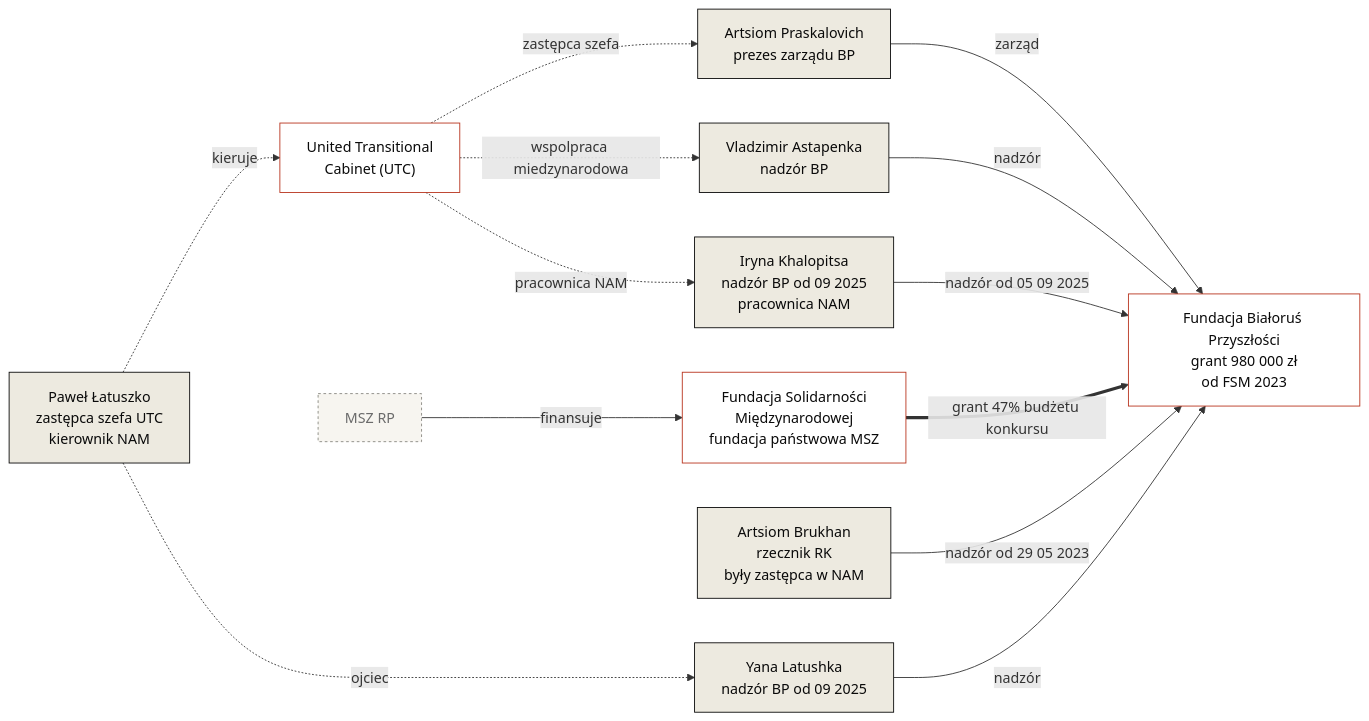
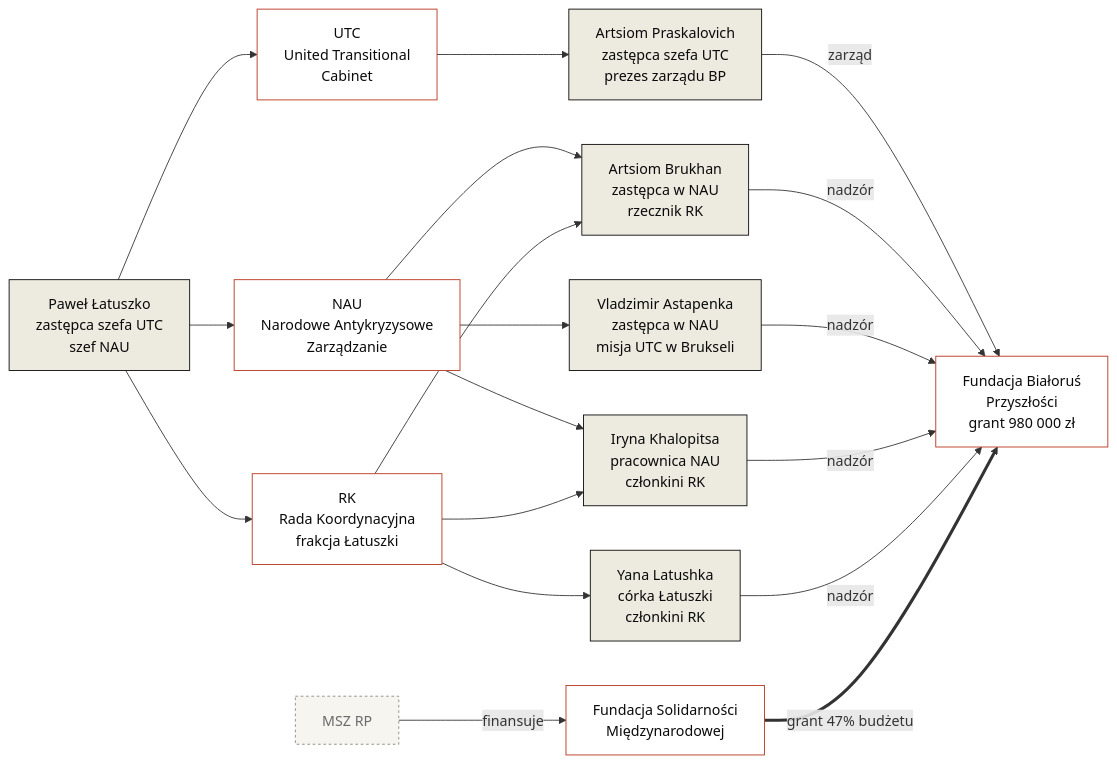
One commit to belarustransparency/belarus-transparency changed the diagram in docs/pl/investigations/bialorus-przyszlosci-fsm.md. Above: the diagram before and after it, drawn with Mermaid. The commit also changed 2 other files, not shown here.

````diff
--- a/docs/pl/investigations/bialorus-przyszlosci-fsm.md
+++ b/docs/pl/investigations/bialorus-przyszlosci-fsm.md
@@ -163,34 +163,48 @@
 ```mermaid
 graph LR
-    PL["Paweł Łatuszko<br/>zastępca szefa UTC<br/>kierownik NAM"]
-    OPK["United Transitional<br/>Cabinet (UTC)"]
-    BPZ["Fundacja Białoruś Przyszłości<br/>grant 980 000 zł<br/>od FSM 2023"]
-    FSM["Fundacja Solidarności<br/>Międzynarodowej<br/>fundacja państwowa MSZ"]
-    YL["Yana Latushka<br/>nadzór BP od 09 2025"]
-    AP["Artsiom Praskalovich<br/>prezes zarządu BP"]
-    VA["Vladzimir Astapenka<br/>nadzór BP"]
-    AB["Artsiom Brukhan<br/>rzecznik RK<br/>były zastępca w NAM"]
-    IK["Iryna Khalopitsa<br/>nadzór BP od 09 2025<br/>pracownica NAM"]
+    PL["Paweł Łatuszko<br/>zastępca szefa UTC<br/>szef NAU"]
+    NAU["NAU<br/>Narodowe Antykryzysowe<br/>Zarządzanie"]
+    UTC["UTC<br/>United Transitional<br/>Cabinet"]
+    RK["RK<br/>Rada Koordynacyjna<br/>frakcja Łatuszki"]
+
+    AP["Artsiom Praskalovich<br/>zastępca szefa UTC<br/>prezes zarządu BP"]
+    AB["Artsiom Brukhan<br/>zastępca w NAU<br/>rzecznik RK"]
+    VA["Vladzimir Astapenka<br/>zastępca w NAU<br/>misja UTC w Brukseli"]
+    IK["Iryna Khalopitsa<br/>pracownica NAU<br/>członkini RK"]
+    YL["Yana Latushka<br/>córka Łatuszki<br/>członkini RK"]
+
+    BPZ["Fundacja Białoruś<br/>Przyszłości<br/>grant 980 000 zł"]
+    FSM["Fundacja Solidarności<br/>Międzynarodowej"]
     MSZ["MSZ RP"]
 
-    PL -.kieruje.-> OPK
-    PL -.ojciec.-> YL
-    OPK -.zastępca szefa.-> AP
-    OPK -.wspolpraca miedzynarodowa.-> VA
-    OPK -.pracownica NAM.-> IK
+    PL --> NAU
+    PL --> UTC
+    PL --> RK
+
+    NAU --> AB
+    NAU --> VA
+    NAU --> IK
+
+    UTC --> AP
+
+    RK --> AB
+    RK --> YL
+    RK --> IK
+
     AP --zarząd--> BPZ
+    AB --nadzór--> BPZ
     VA --nadzór--> BPZ
+    IK --nadzór--> BPZ
     YL --nadzór--> BPZ
-    AB --nadzór od 29 05 2023--> BPZ
-    IK --nadzór od 05 09 2025--> BPZ
-    FSM ==grant 47% budżetu konkursu==> BPZ
+
+    FSM ==grant 47% budżetu==> BPZ
     MSZ --finansuje--> FSM
 
     classDef person fill:#EDEAE0,stroke:#0A0A0A,stroke-width:1px,color:#0A0A0A;
     classDef org fill:#FFFFFF,stroke:#B8341E,stroke-width:1px,color:#0A0A0A;
     classDef money fill:#F7F5F0,stroke:#888780,stroke-width:1px,color:#6B6B6B,stroke-dasharray: 3 3;
 
-    class PL,YL,AP,VA,AB,IK person;
-    class OPK,BPZ,FSM org;
+    class PL,AP,AB,VA,IK,YL person;
+    class NAU,UTC,RK,BPZ,FSM org;
     class MSZ money;
 ```
````
